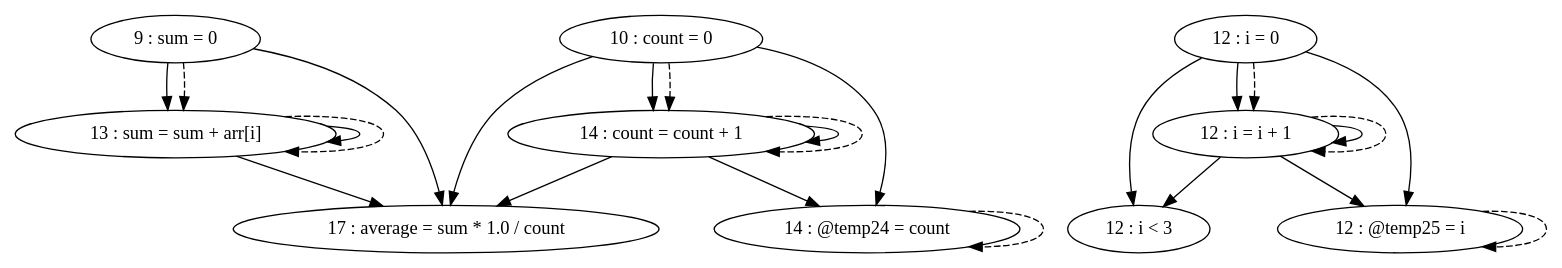
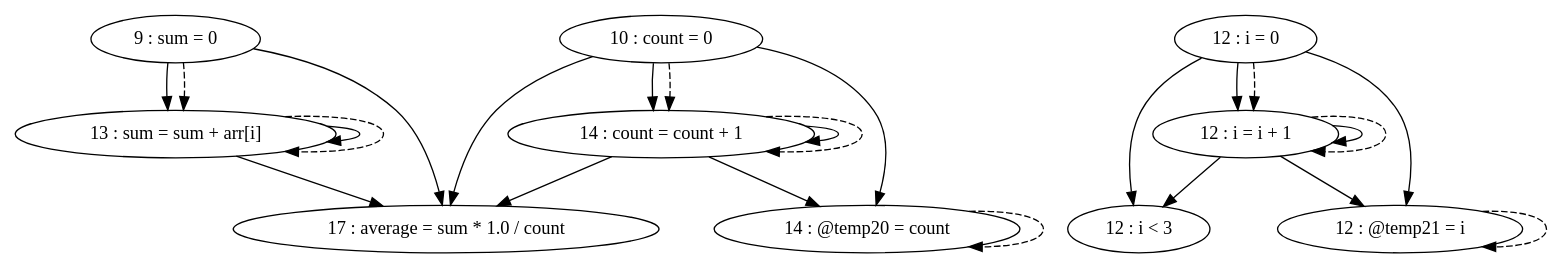
The diagram in pdg/source/testFiles/TestCases/TestCase10/TestCase10-test1.gv (thomassimko/thesis-code-duplication), drawn with Graphviz before and after one commit. The commit also changed 27 other files, not shown here.

```diff
--- a/pdg/source/testFiles/TestCases/TestCase10/TestCase10-test1.gv
+++ b/pdg/source/testFiles/TestCases/TestCase10/TestCase10-test1.gv
@@ -1,36 +1,36 @@
 digraph G {
 "9 : sum = 0"
 "9 : sum = 0" -> "13 : sum = sum + arr[i]"
 "9 : sum = 0" -> "17 : average = sum * 1.0 / count"
 "9 : sum = 0" -> "13 : sum = sum + arr[i]" [style=dashed]
 "10 : count = 0"
+"10 : count = 0" -> "14 : @temp20 = count"
 "10 : count = 0" -> "14 : count = count + 1"
-"10 : count = 0" -> "14 : @temp24 = count"
 "10 : count = 0" -> "17 : average = sum * 1.0 / count"
 "10 : count = 0" -> "14 : count = count + 1" [style=dashed]
 "12 : i = 0"
 "12 : i = 0" -> "12 : i < 3"
+"12 : i = 0" -> "12 : @temp21 = i"
 "12 : i = 0" -> "12 : i = i + 1"
-"12 : i = 0" -> "12 : @temp25 = i"
 "12 : i = 0" -> "12 : i = i + 1" [style=dashed]
 "12 : i < 3"
 "13 : sum = sum + arr[i]"
 "13 : sum = sum + arr[i]" -> "13 : sum = sum + arr[i]"
 "13 : sum = sum + arr[i]" -> "17 : average = sum * 1.0 / count"
 "13 : sum = sum + arr[i]" -> "13 : sum = sum + arr[i]" [style=dashed]
-"14 : @temp24 = count"
-"14 : @temp24 = count" -> "14 : @temp24 = count" [style=dashed]
+"14 : @temp20 = count"
+"14 : @temp20 = count" -> "14 : @temp20 = count" [style=dashed]
 "14 : count = count + 1"
+"14 : count = count + 1" -> "14 : @temp20 = count"
 "14 : count = count + 1" -> "14 : count = count + 1"
-"14 : count = count + 1" -> "14 : @temp24 = count"
 "14 : count = count + 1" -> "17 : average = sum * 1.0 / count"
 "14 : count = count + 1" -> "14 : count = count + 1" [style=dashed]
-"12 : @temp25 = i"
-"12 : @temp25 = i" -> "12 : @temp25 = i" [style=dashed]
+"12 : @temp21 = i"
+"12 : @temp21 = i" -> "12 : @temp21 = i" [style=dashed]
 "12 : i = i + 1"
 "12 : i = i + 1" -> "12 : i < 3"
+"12 : i = i + 1" -> "12 : @temp21 = i"
 "12 : i = i + 1" -> "12 : i = i + 1"
-"12 : i = i + 1" -> "12 : @temp25 = i"
 "12 : i = i + 1" -> "12 : i = i + 1" [style=dashed]
 "17 : average = sum * 1.0 / count"
 }
```
